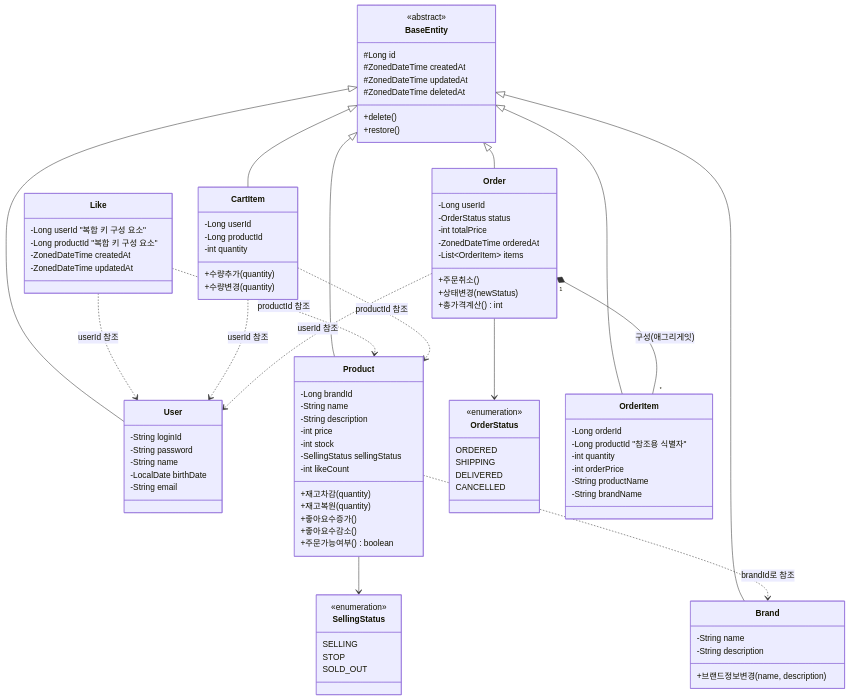
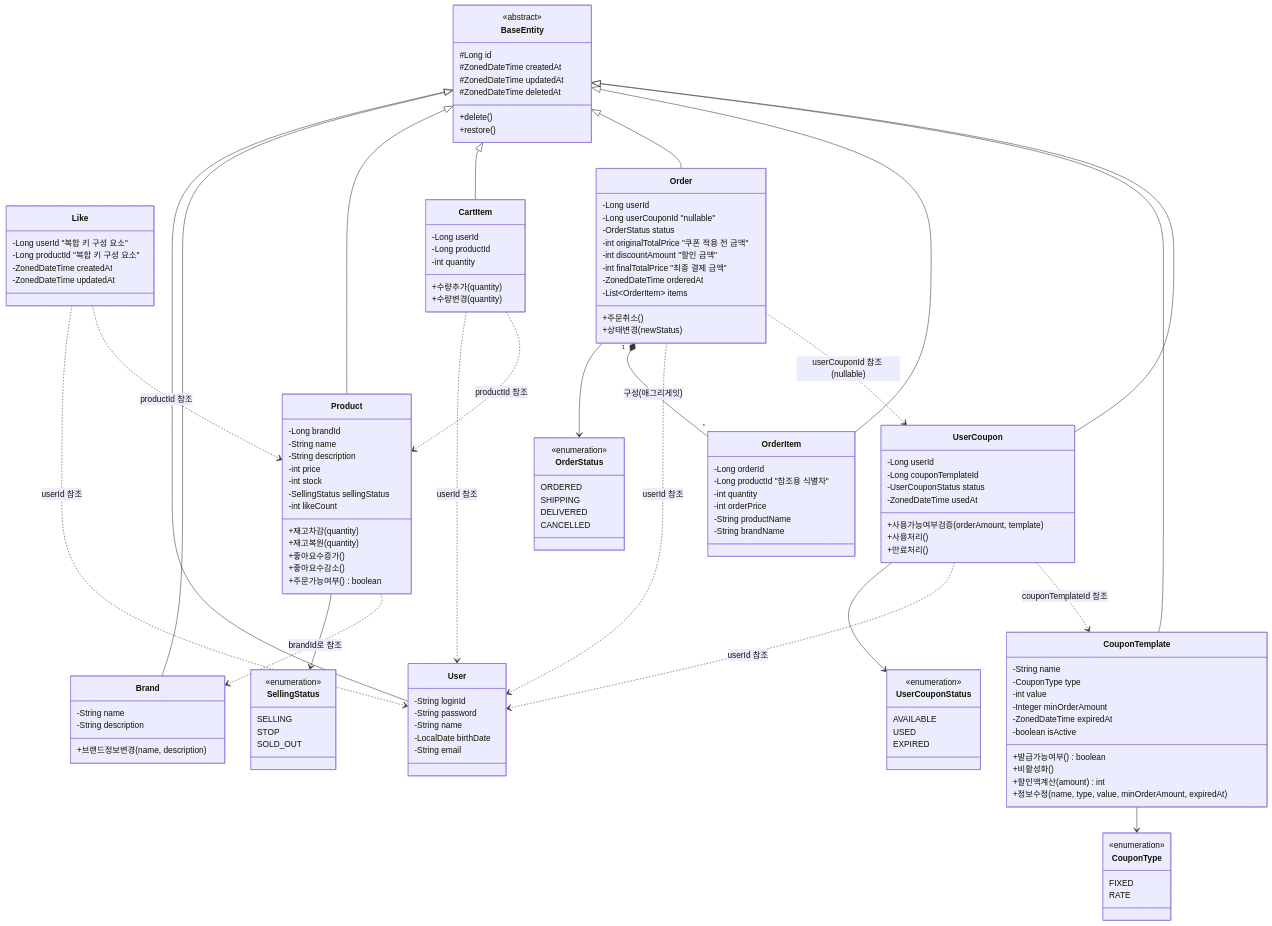
The diagram in docs/design/03-class-diagram.md (najang/loop-pack-be-l2-vol3-java), drawn with Mermaid before and after one commit. The commit also changed other lines of this file and 3 other files, not shown here.

````diff
--- a/docs/design/03-class-diagram.md
+++ b/docs/design/03-class-diagram.md
@@ -72,15 +72,53 @@
     +수량변경(quantity)
   }
 
+  class CouponTemplate {
+    -String name
+    -CouponType type
+    -int value
+    -Integer minOrderAmount
+    -ZonedDateTime expiredAt
+    -boolean isActive
+    +발급가능여부() boolean
+    +비활성화()
+    +할인액계산(amount) int
+    +정보수정(name, type, value, minOrderAmount, expiredAt)
+  }
+
+  class CouponType {
+    <<enumeration>>
+    FIXED
+    RATE
+  }
+
+  class UserCoupon {
+    -Long userId
+    -Long couponTemplateId
+    -UserCouponStatus status
+    -ZonedDateTime usedAt
+    +사용가능여부검증(orderAmount, template)
+    +사용처리()
+    +만료처리()
+  }
+
+  class UserCouponStatus {
+    <<enumeration>>
+    AVAILABLE
+    USED
+    EXPIRED
+  }
+
   class Order {
     -Long userId
+    -Long userCouponId "nullable"
     -OrderStatus status
-    -int totalPrice
+    -int originalTotalPrice "쿠폰 적용 전 금액"
+    -int discountAmount "할인 금액"
+    -int finalTotalPrice "최종 결제 금액"
     -ZonedDateTime orderedAt
     -List~OrderItem~ items
     +주문취소()
     +상태변경(newStatus)
-    +총가격계산() int
   }
 
   class OrderStatus {
@@ -108,10 +146,14 @@
   BaseEntity <|-- CartItem
   BaseEntity <|-- Order
   BaseEntity <|-- OrderItem
+  BaseEntity <|-- CouponTemplate
+  BaseEntity <|-- UserCoupon
 
   %% ─── Enum Relationships ───
   Product --> SellingStatus
   Order --> OrderStatus
+  CouponTemplate --> CouponType
+  UserCoupon --> UserCouponStatus
 
   %% ─── Aggregate Boundary ───
   %% Order가 Aggregate Root, OrderItem은 Order를 통해서만 생명주기 관리
@@ -124,10 +166,14 @@
   CartItem ..> User : userId 참조
   CartItem ..> Product : productId 참조
   Order ..> User : userId 참조
+  Order ..> UserCoupon : userCouponId 참조 (nullable)
+  UserCoupon ..> User : userId 참조
+  UserCoupon ..> CouponTemplate : couponTemplateId 참조
 
   %% ─── Cross-domain 서비스 의존 (UseCase 레벨) ───
   %% 좋아요 UseCase → Product.좋아요수증가/감소() 호출
   %% 주문 UseCase → Product.재고차감/복원() 호출 (비관적 락, productId 오름차순)
   %% 브랜드 삭제 UseCase → Product.삭제() 연쇄 호출
   %% 주문 생성 UseCase → CartItem 삭제 (별도 트랜잭션, 실패해도 주문 유효)
+  %% 주문 생성 UseCase → CouponService.validateAndUse() 호출 (동일 트랜잭션, 쿠폰 있을 때만)
 ```
````
